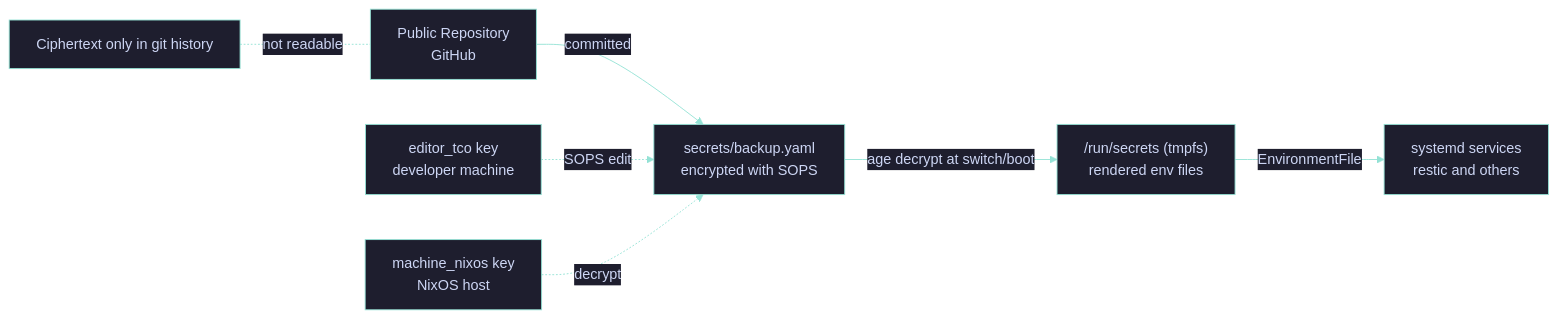
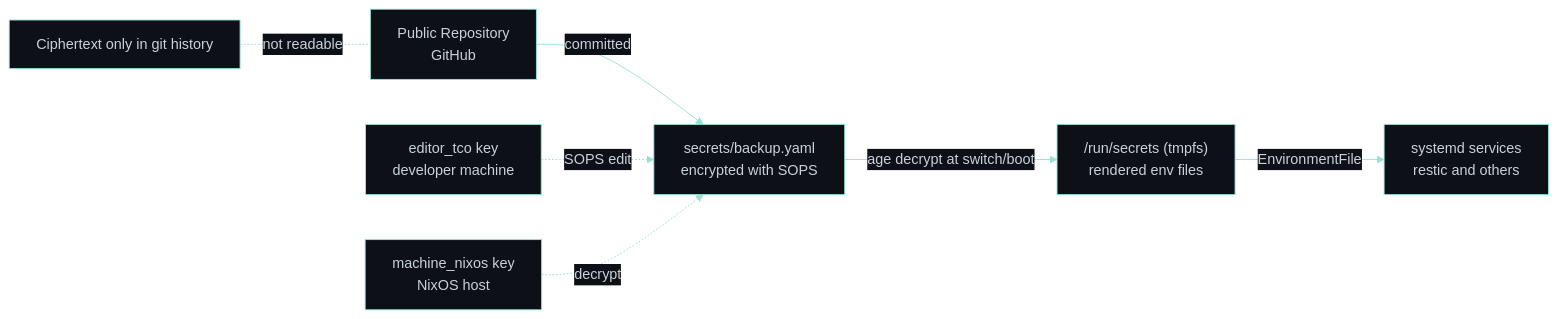
The diagram in docs/wiki/Security-&-Secrets.md (RomeoCavazza/nixos-config), drawn with Mermaid before and after one commit. The commit also changed 10 other files, not shown here.

Commit message:
docs: use neutral github dark palette for all diagrams

````diff
--- a/docs/wiki/Security-&-Secrets.md
+++ b/docs/wiki/Security-&-Secrets.md
@@ -15,10 +15,10 @@
 ```mermaid
-%%{init: {'theme': 'base', 'themeVariables': { 'primaryColor': '#181825', 'secondaryColor': '#1e1e2e', 'tertiaryColor': '#1e1e2e', 'primaryBorderColor': '#94e2d5', 'lineColor': '#94e2d5', 'primaryTextColor': '#cdd6f4', 'mainBkg': '#1e1e2e', 'clusterBkg': '#181825', 'clusterBorder': '#45475a', 'fontSize': '16px' }}}%%
+%%{init: {'theme': 'base', 'themeVariables': { 'primaryColor': '#161b22', 'secondaryColor': '#0d1117', 'tertiaryColor': '#0d1117', 'primaryBorderColor': '#94e2d5', 'lineColor': '#94e2d5', 'primaryTextColor': '#c9d1d9', 'mainBkg': '#0d1117', 'clusterBkg': '#161b22', 'clusterBorder': '#30363d', 'fontSize': '16px' }}}%%
 flowchart LR
   A["Public Repository<br/>GitHub"] -->|committed| B["secrets/backup.yaml<br/>encrypted with SOPS"]
   C["editor_tco key<br/>developer machine"] -.->|SOPS edit| B
   D["machine_nixos key<br/>NixOS host"] -.->|decrypt| B
   B -->|age decrypt at switch/boot| E["/run/secrets (tmpfs)<br/>rendered env files"]
   E -->|EnvironmentFile| F["systemd services<br/>restic and others"]
   G["Ciphertext only in git history"] -.-|not readable| A
 ```
````
